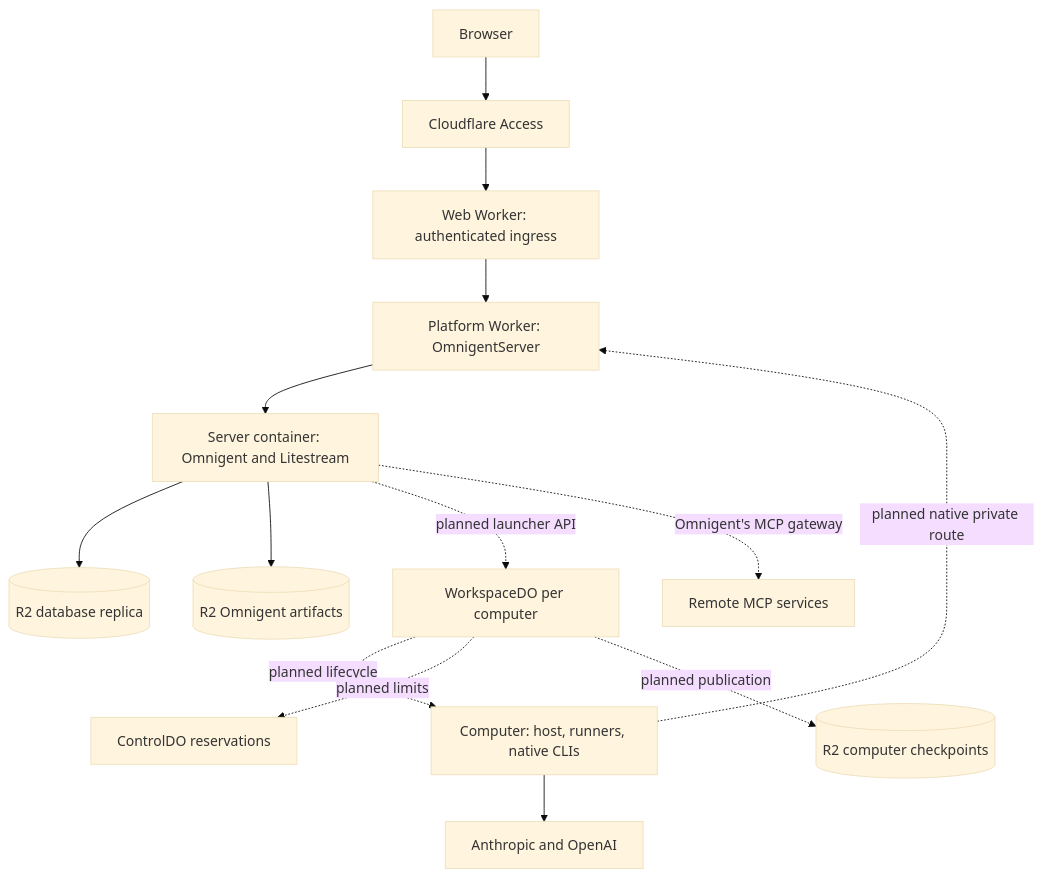
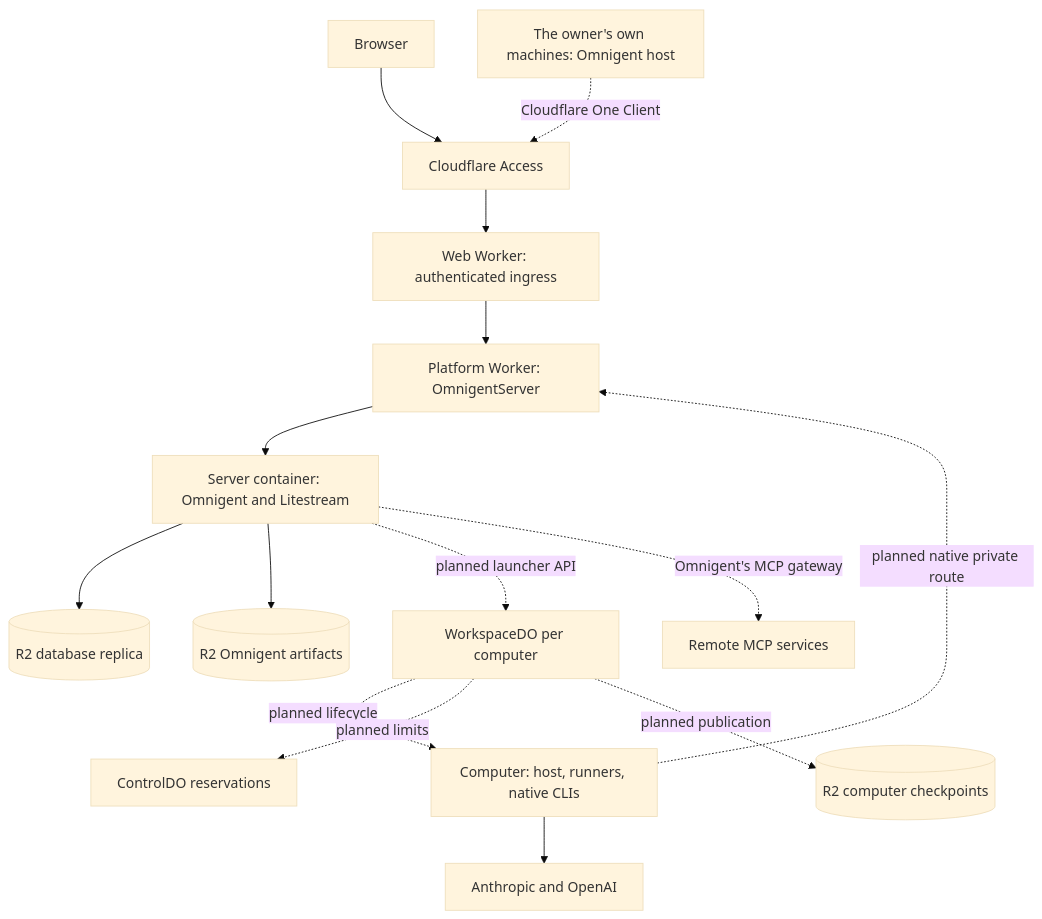
One commit to LouisLotter/cloudflare-omnigent changed the diagram in docs/architecture.md. Above: the diagram before and after it, drawn with Mermaid (base theme). The commit also changed other lines of this file and 8 other files, not shown here.

````diff
--- a/docs/architecture.md
+++ b/docs/architecture.md
@@ -21,16 +21,17 @@
 ```mermaid
 flowchart TD
   Person[Browser] --> Access[Cloudflare Access]
   Access --> Web[Web Worker: authenticated ingress]
   Web --> ServerDO[Platform Worker: OmnigentServer]
   ServerDO --> Server[Server container: Omnigent and Litestream]
   Server --> Replica[(R2 database replica)]
   Server --> Artifacts[(R2 Omnigent artifacts)]
   Server -. planned launcher API .-> Workspace[WorkspaceDO per computer]
   Workspace -. planned lifecycle .-> Computer[Computer: host, runners, native CLIs]
   Computer -. planned native private route .-> ServerDO
   Computer --> Models[Anthropic and OpenAI]
   Workspace -. planned limits .-> Control[ControlDO reservations]
   Workspace -. planned publication .-> Saves[(R2 computer checkpoints)]
   Server -. Omnigent's MCP gateway .-> MCP[Remote MCP services]
+  Laptop[The owner's own machines: Omnigent host] -. Cloudflare One Client .-> Access
 ```
````
